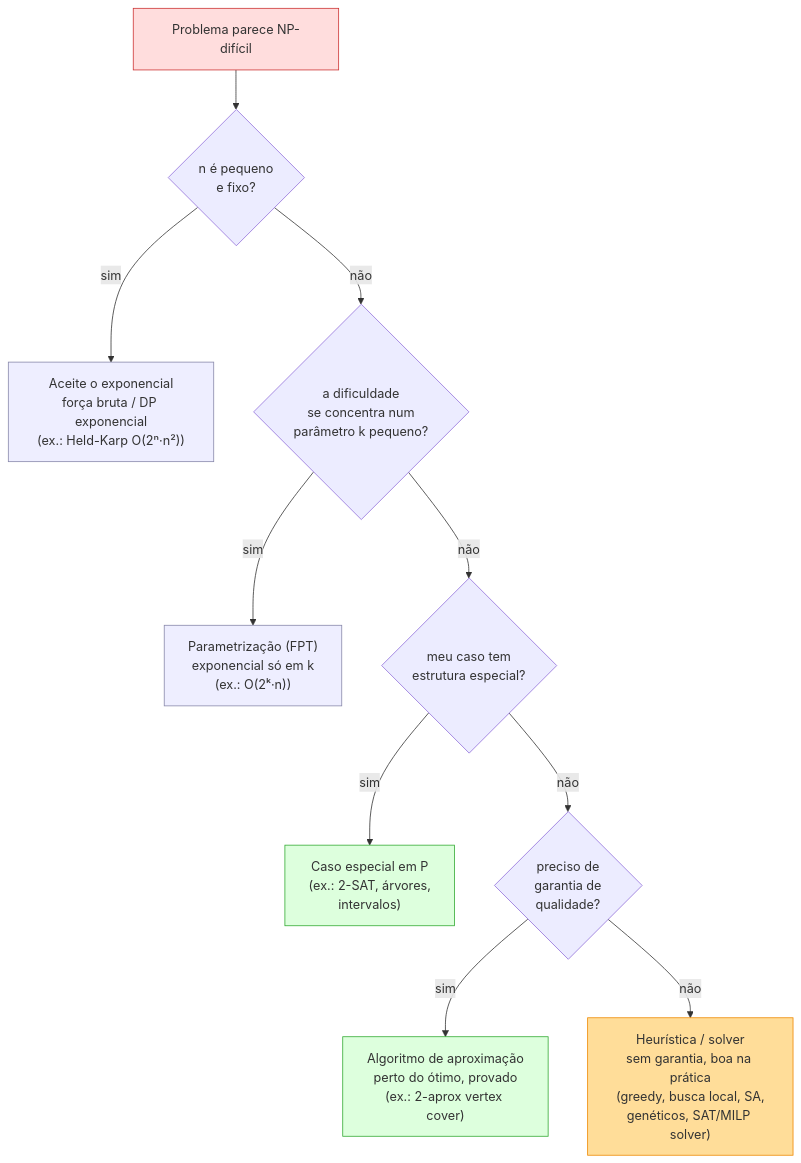
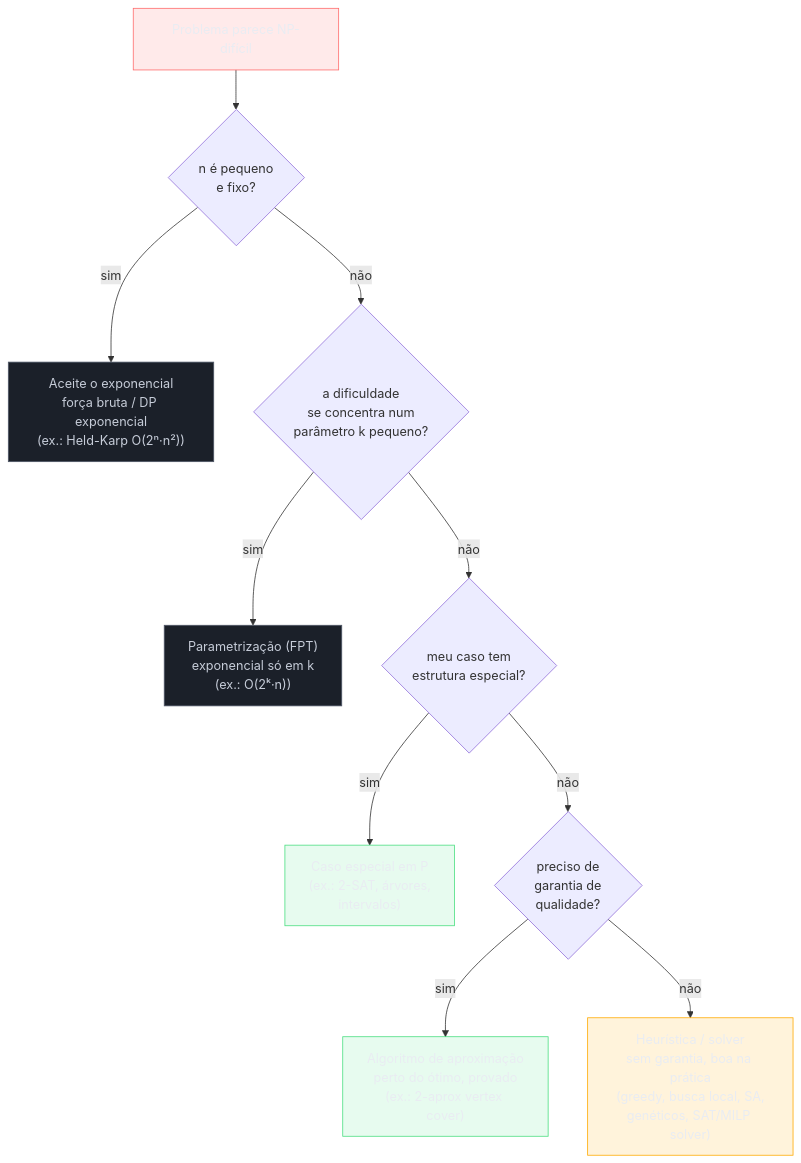
The fifth of 5 diagrams in 03-Dominios/Ciência/Algoritmos/13 - Intratabilidade.md (josenaldo/codex-technomanticus), drawn with Mermaid before and after one commit. The commit also changed other lines of this file and 1181 other files, not shown here.

First line of the commit message:
fix(diagramas): paleta do sistema no lugar de cor cravada no markdown

````diff
--- a/03-Dominios/Ciência/Algoritmos/13 - Intratabilidade.md
+++ b/03-Dominios/Ciência/Algoritmos/13 - Intratabilidade.md
@@ -251,19 +262,23 @@
 ```mermaid
 flowchart TD
+    classDef falha fill:#FF6B6B24,stroke:#FF6B6B,color:#E9ECF2
+    classDef neutro fill:#1B2029,stroke:#4E5666,color:#C6CCD8
+    classDef ok fill:#4ADE8021,stroke:#4ADE80,color:#E9ECF2
+    classDef destaque fill:#FFAA0024,stroke:#FFAA00,color:#E9ECF2
     START["Problema parece NP-difícil"] --> Q1{"n é pequeno\ne fixo?"}
     Q1 -->|"sim"| EXP["Aceite o exponencial\nforça bruta / DP exponencial\n(ex.: Held-Karp O(2ⁿ·n²))"]
     Q1 -->|"não"| Q2{"a dificuldade\nse concentra num\nparâmetro k pequeno?"}
     Q2 -->|"sim"| FPT["Parametrização (FPT)\nexponencial só em k\n(ex.: O(2ᵏ·n))"]
     Q2 -->|"não"| Q3{"meu caso tem\nestrutura especial?"}
     Q3 -->|"sim"| SPECIAL["Caso especial em P\n(ex.: 2-SAT, árvores,\nintervalos)"]
     Q3 -->|"não"| Q4{"preciso de\ngarantia de\nqualidade?"}
     Q4 -->|"sim"| APPROX["Algoritmo de aproximação\nperto do ótimo, provado\n(ex.: 2-aprox vertex cover)"]
     Q4 -->|"não"| HEUR["Heurística / solver\nsem garantia, boa na prática\n(greedy, busca local, SA,\ngenéticos, SAT/MILP solver)"]
 
-    style START fill:#fdd,stroke:#c33
-    style EXP fill:#eef,stroke:#88a
-    style FPT fill:#eef,stroke:#88a
-    style SPECIAL fill:#dfd,stroke:#3a3
-    style APPROX fill:#dfd,stroke:#3a3
-    style HEUR fill:#fd9,stroke:#e80
+    class START falha
+    class EXP neutro
+    class FPT neutro
+    class SPECIAL ok
+    class APPROX ok
+    class HEUR destaque
 ```
````
